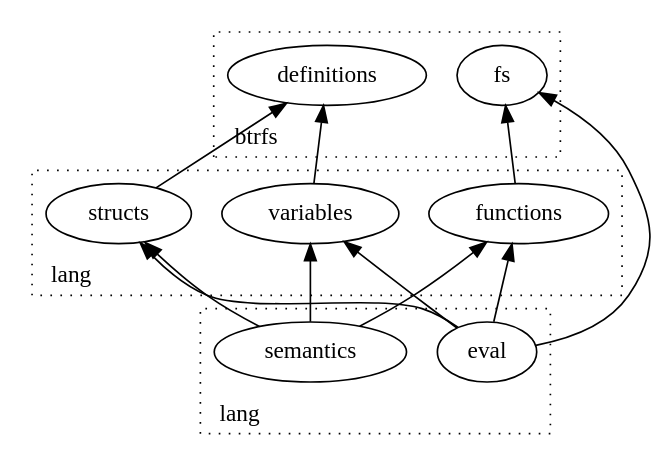
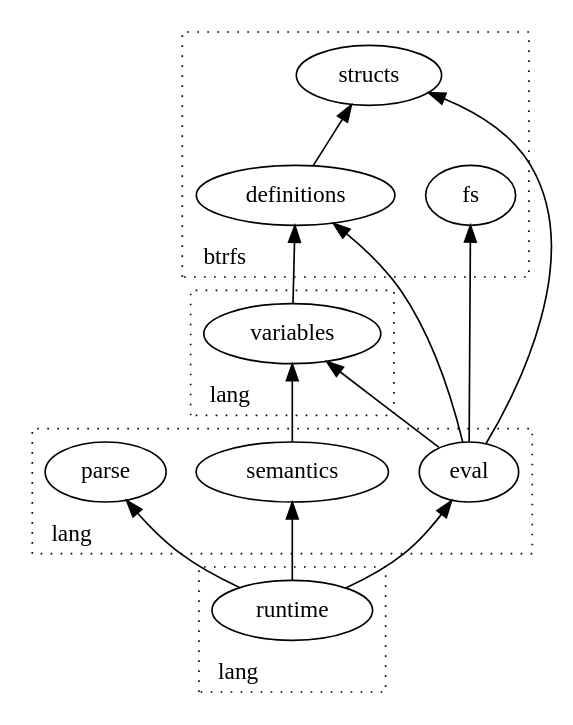
One commit to danobi/btrd changed the diagram in docs/dot/architecture.dot. Above: the diagram before and after it, drawn with Graphviz. The commit also changed 2 other files, not shown here.

```diff
--- a/docs/dot/architecture.dot
+++ b/docs/dot/architecture.dot
@@ -1,33 +1,40 @@
 digraph F {
     rankdir = BT;
 
     subgraph cluster_0 {
         label = "btrfs";
         labeljust = "l";
         style = dotted;
-        definitions;
+        definitions -> structs;
         fs;
     }
     
     subgraph cluster_1 {
         label = "lang";
         labeljust = "l";
         style = dotted;
         variables -> definitions;
-        structs -> definitions;
-        functions -> fs;
+        structs;
     }
     
     subgraph cluster_2 {
         label = "lang";
         labeljust = "l";
         style = dotted;
         semantics -> variables;
-        semantics -> structs;
-        semantics -> functions;
+        eval -> definitions;
+        eval -> fs;
         eval -> variables;
         eval -> structs;
-        eval -> functions;
-        eval -> fs;
+        parse;
+    }
+
+    subgraph cluster_3 {
+        label = "lang";
+        labeljust = "l";
+        style = dotted;
+        runtime -> parse;
+        runtime -> semantics;
+        runtime -> eval;
     }
 }
```
